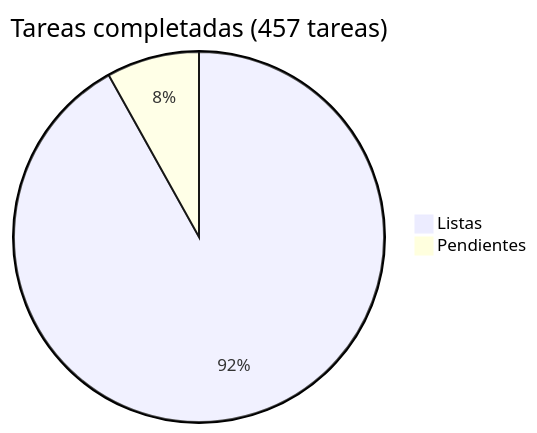
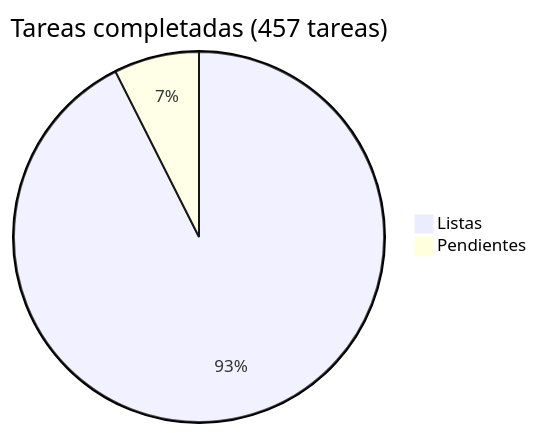
One commit to araguaney-lat/araguaney changed the diagram in docs/roadmap/README.md. Above: the diagram before and after it, drawn with Mermaid. The commit also changed other lines of this file and 13 other files, not shown here.

````diff
--- a/docs/roadmap/README.md
+++ b/docs/roadmap/README.md
@@ -5,5 +5,5 @@
 ```mermaid
 pie title Tareas completadas (457 tareas)
-    "Listas" : 420
-    "Pendientes" : 37
+    "Listas" : 423
+    "Pendientes" : 34
 ```
````
